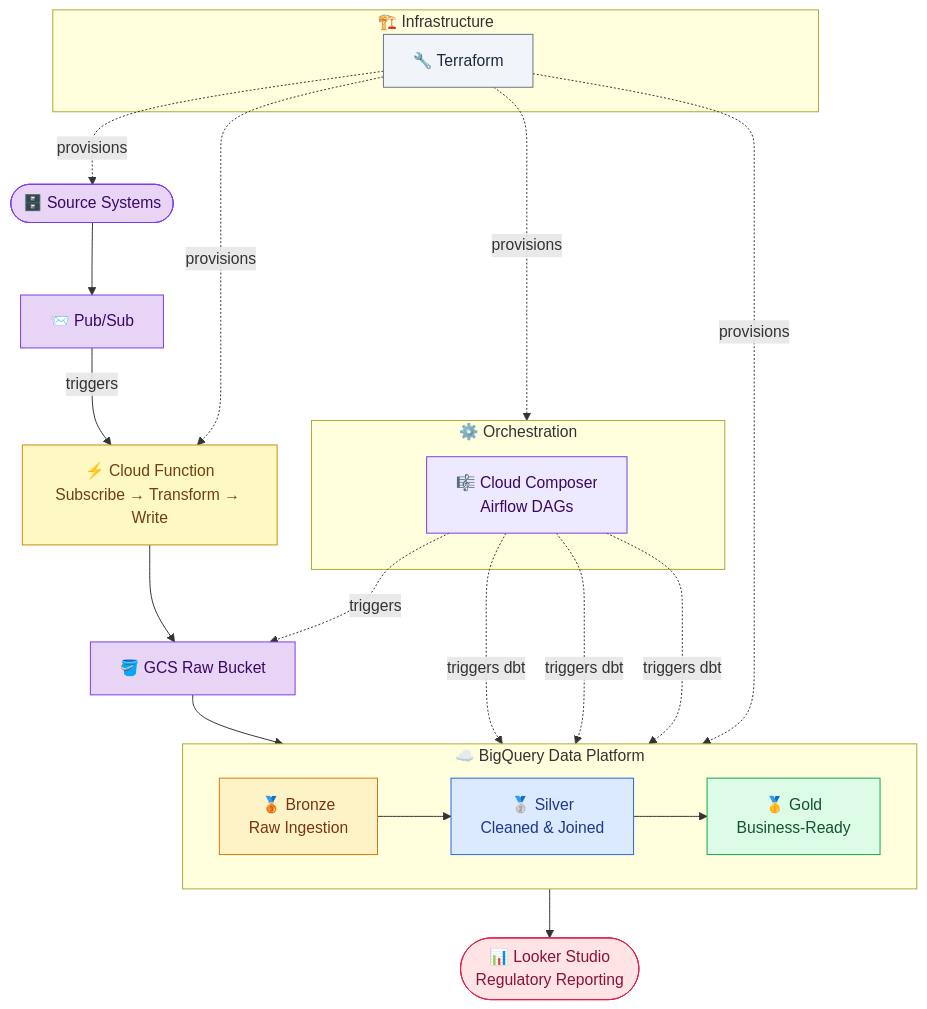
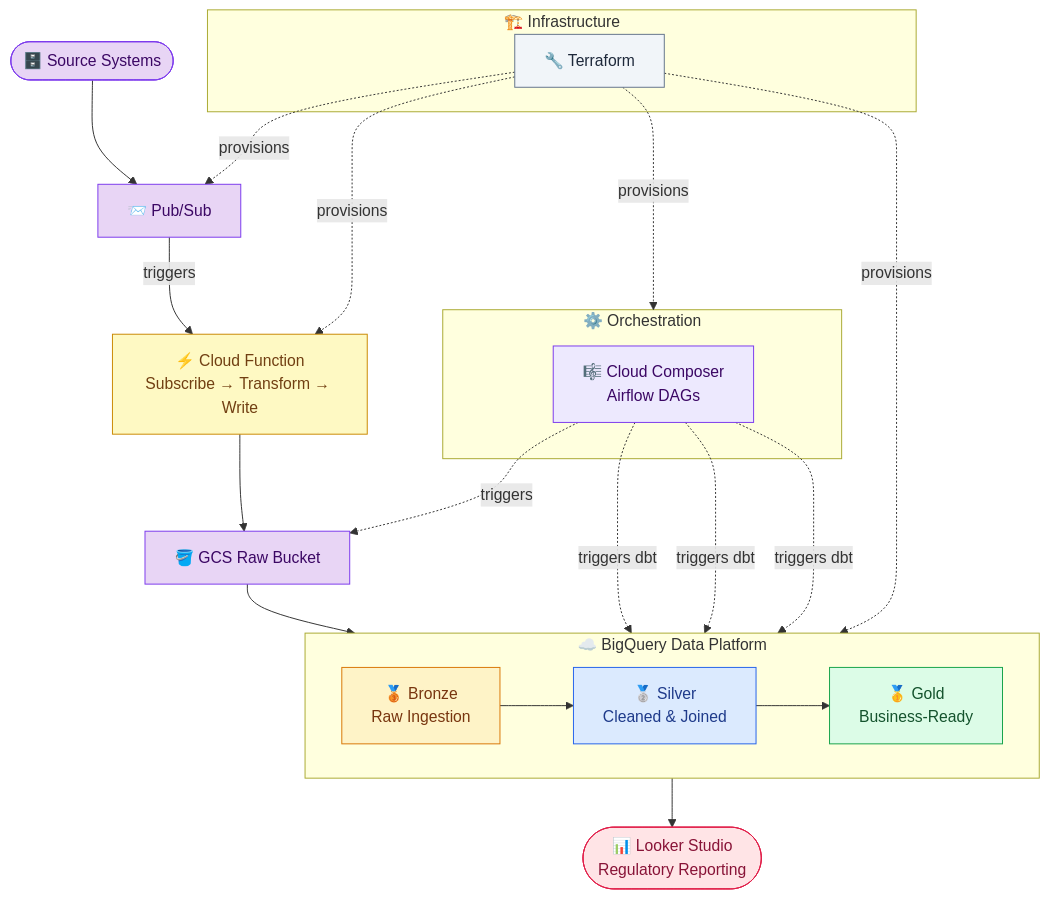
Before and after one commit to gaurabdawn/regulatory_reporting_on_gcp: the first of 2 diagrams in readme.md, drawn with Mermaid.

Commit message:
Change provision target from A to B

````diff
--- a/readme.md
+++ b/readme.md
@@ -4,57 +4,57 @@
 ```mermaid
 flowchart TB
     %% ── INGESTION ──────────────────────────────────────
     A([🗄️ Source Systems]) --> B[📨 Pub/Sub]
     B -->|triggers| CF[⚡ Cloud Function\nSubscribe → Transform → Write]
     CF --> C[🪣 GCS Raw Bucket]
 
     %% ── BIGQUERY MEDALLION ─────────────────────────────
     subgraph BQ["☁️ BigQuery Data Platform"]
         direction LR
         D1[🥉 Bronze\nRaw Ingestion]
         D2[🥈 Silver\nCleaned & Joined]
         D3[🥇 Gold\nBusiness-Ready]
         D1 --> D2 --> D3
     end
     C --> D1
 
     %% ── SERVING ────────────────────────────────────────
     D3 --> E([📊 Looker Studio\nRegulatory Reporting])
 
     %% ── ORCHESTRATION ──────────────────────────────────
     subgraph ORC["⚙️ Orchestration"]
         F[🎼 Cloud Composer\nAirflow DAGs]
     end
     F -.->|triggers| C
     F -.->|triggers dbt| D1
     F -.->|triggers dbt| D2
     F -.->|triggers dbt| D3
 
     %% ── INFRA ──────────────────────────────────────────
     subgraph IaC["🏗️ Infrastructure"]
         H[🔧 Terraform]
     end
-    H -.->|provisions| A
+    H -.->|provisions| B
     H -.->|provisions| BQ
     H -.->|provisions| ORC
     H -.->|provisions| CF
 
     %% ── STYLING ────────────────────────────────────────
     classDef ingestion  fill:#e8d5f5,stroke:#7c3aed,color:#3b0764
     classDef functions  fill:#fef9c3,stroke:#ca8a04,color:#713f12
     classDef bronze     fill:#fef3c7,stroke:#d97706,color:#78350f
     classDef silver     fill:#dbeafe,stroke:#2563eb,color:#1e3a8a
     classDef gold       fill:#dcfce7,stroke:#16a34a,color:#14532d
     classDef serving    fill:#ffe4e6,stroke:#e11d48,color:#881337
     classDef orch       fill:#ede9fe,stroke:#7c3aed,color:#3b0764
     classDef infra      fill:#f1f5f9,stroke:#64748b,color:#1e293b
 
     class A,B,C ingestion
     class CF functions
     class D1 bronze
     class D2 silver
     class D3 gold
     class E serving
     class F orch
     class H infra
 ```
````
